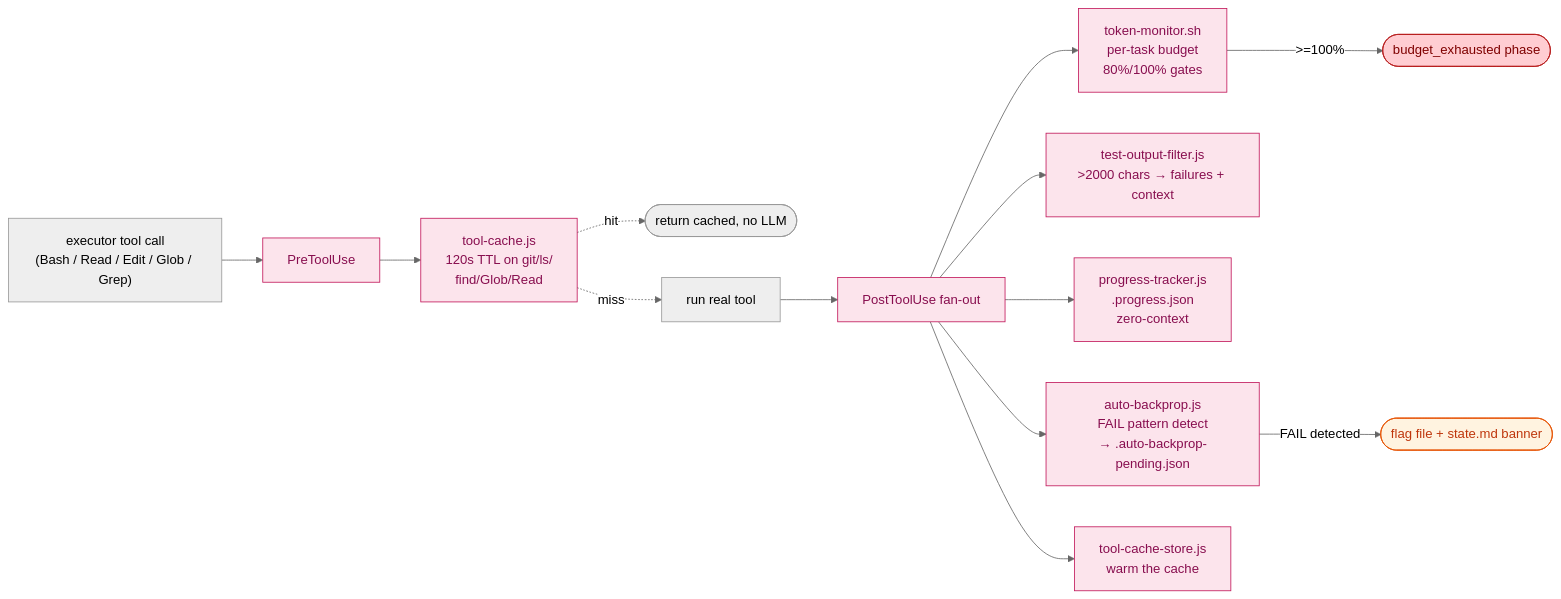
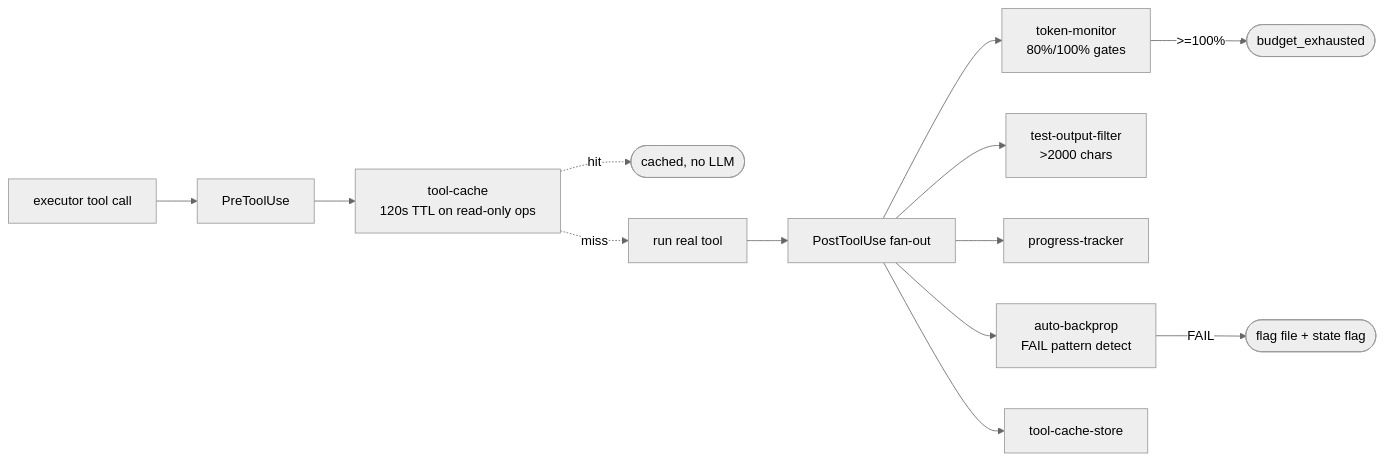
One commit to LucasDuys/forge changed the third of 6 diagrams in README.md. Above: the diagram before and after it, drawn with Mermaid (neutral theme). The commit also changed other lines of this file, not shown here.

First line of the commit message:
docs(readme): overhaul for clarity, honest numbers, and fast-read structure

````diff
--- a/README.md
+++ b/README.md
@@ -184,26 +259,15 @@
 ```mermaid
 flowchart LR
-    Tool["executor tool call<br/>(Bash / Read / Edit / Glob / Grep)"]
-    Tool --> Pre["PreToolUse"]
-    Pre --> Cache["tool-cache.js<br/>120s TTL on git/ls/<br/>find/Glob/Read"]
-    Cache -.->|hit| Skip([return cached, no LLM])
+    Tool["executor tool call"] --> Pre[PreToolUse]
+    Pre --> Cache["tool-cache<br/>120s TTL on read-only ops"]
+    Cache -.->|hit| Skip([cached, no LLM])
     Cache -.->|miss| Run[run real tool]
-
     Run --> Post["PostToolUse fan-out"]
-    Post --> Tok["token-monitor.sh<br/>per-task budget<br/>80%/100% gates"]
-    Post --> Filt["test-output-filter.js<br/>>2000 chars → failures + context"]
-    Post --> Prog["progress-tracker.js<br/>.progress.json<br/>zero-context"]
-    Post --> AutoBP["auto-backprop.js<br/>FAIL pattern detect<br/>→ .auto-backprop-pending.json"]
-    Post --> Store["tool-cache-store.js<br/>warm the cache"]
-
-    Tok -->|>=100%| Exhaust([budget_exhausted phase])
-    AutoBP -->|FAIL detected| Flag([flag file + state.md banner])
-
-    classDef hook fill:#fce4ec,stroke:#c2185b,color:#880e4f
-    classDef state fill:#fff3e0,stroke:#e65100,color:#bf360c
-    classDef bad fill:#ffcdd2,stroke:#b71c1c,color:#7f0000
-
-    class Pre,Post,Cache,Tok,Filt,Prog,AutoBP,Store hook
-    class Flag state
-    class Exhaust bad
+    Post --> Tok["token-monitor<br/>80%/100% gates"]
+    Post --> Filt["test-output-filter<br/>>2000 chars"]
+    Post --> Prog[progress-tracker]
+    Post --> AutoBP["auto-backprop<br/>FAIL pattern detect"]
+    Post --> Store[tool-cache-store]
+    Tok -->|>=100%| Exhaust([budget_exhausted])
+    AutoBP -->|FAIL| Flag([flag file + state flag])
 ```
````
